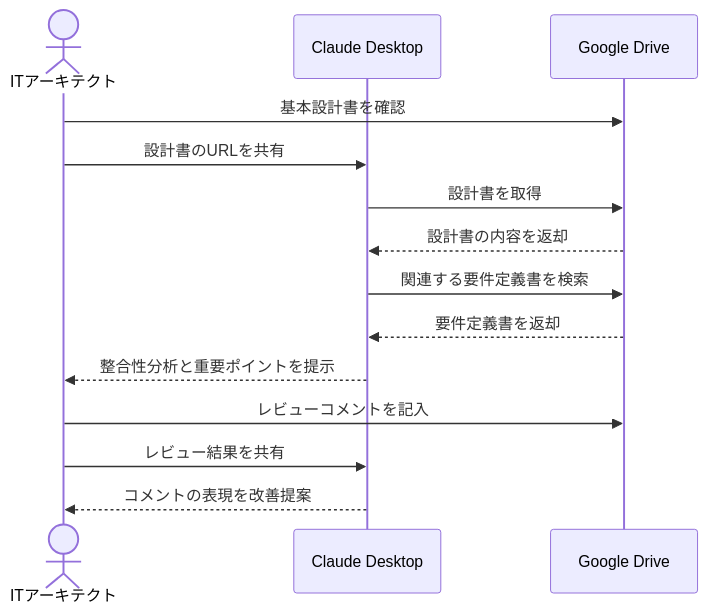
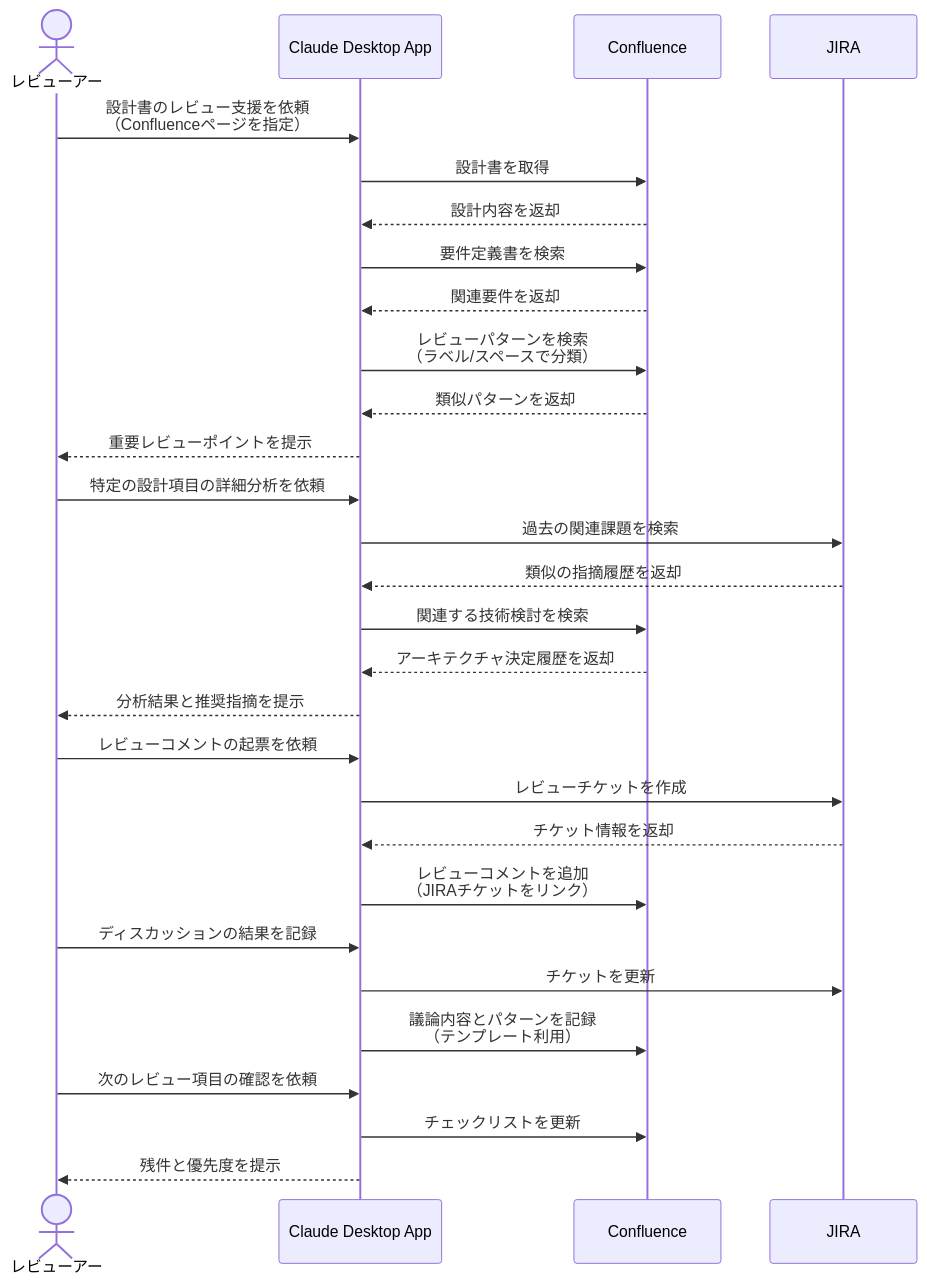
The diagram in docs/03_プロジェクト/設計書レビューを効率化する.md (po-shu/mcp-100-ideas), drawn with Mermaid before and after one commit. The commit also changed other lines of this file and 9 other files, not shown here.

````diff
--- a/docs/03_プロジェクト/設計書レビューを効率化する.md
+++ b/docs/03_プロジェクト/設計書レビューを効率化する.md
@@ -15,17 +16,32 @@
 ```mermaid
 sequenceDiagram
-    actor User as ITアーキテクト
-    participant Claude as Claude Desktop
-    participant GDrive as Google Drive
+    actor User as レビューアー
+    participant CAP as Claude Desktop App
+    participant Confluence
+    participant JIRA
 
-    User->>GDrive: 基本設計書を確認
-    User->>Claude: 設計書のURLを共有
-    Claude->>GDrive: 設計書を取得
-    GDrive-->>Claude: 設計書の内容を返却
-    Claude->>GDrive: 関連する要件定義書を検索
-    GDrive-->>Claude: 要件定義書を返却
-    Claude-->>User: 整合性分析と重要ポイントを提示
-    User->>GDrive: レビューコメントを記入
-    User->>Claude: レビュー結果を共有
-    Claude-->>User: コメントの表現を改善提案
+    User->>CAP: 設計書のレビュー支援を依頼<br>（Confluenceページを指定）
+    CAP->>Confluence: 設計書を取得
+    Confluence-->>CAP: 設計内容を返却
+    CAP->>Confluence: 要件定義書を検索
+    Confluence-->>CAP: 関連要件を返却
+    CAP->>Confluence: レビューパターンを検索<br>（ラベル/スペースで分類）
+    Confluence-->>CAP: 類似パターンを返却
+    CAP-->>User: 重要レビューポイントを提示
+    User->>CAP: 特定の設計項目の詳細分析を依頼
+    CAP->>JIRA: 過去の関連課題を検索
+    JIRA-->>CAP: 類似の指摘履歴を返却
+    CAP->>Confluence: 関連する技術検討を検索
+    Confluence-->>CAP: アーキテクチャ決定履歴を返却
+    CAP-->>User: 分析結果と推奨指摘を提示
+    User->>CAP: レビューコメントの起票を依頼
+    CAP->>JIRA: レビューチケットを作成
+    JIRA-->>CAP: チケット情報を返却
+    CAP->>Confluence: レビューコメントを追加<br>（JIRAチケットをリンク）
+    User->>CAP: ディスカッションの結果を記録
+    CAP->>JIRA: チケットを更新
+    CAP->>Confluence: 議論内容とパターンを記録<br>（テンプレート利用）
+    User->>CAP: 次のレビュー項目の確認を依頼
+    CAP->>Confluence: チェックリストを更新
+    CAP-->>User: 残件と優先度を提示
 ```
````
